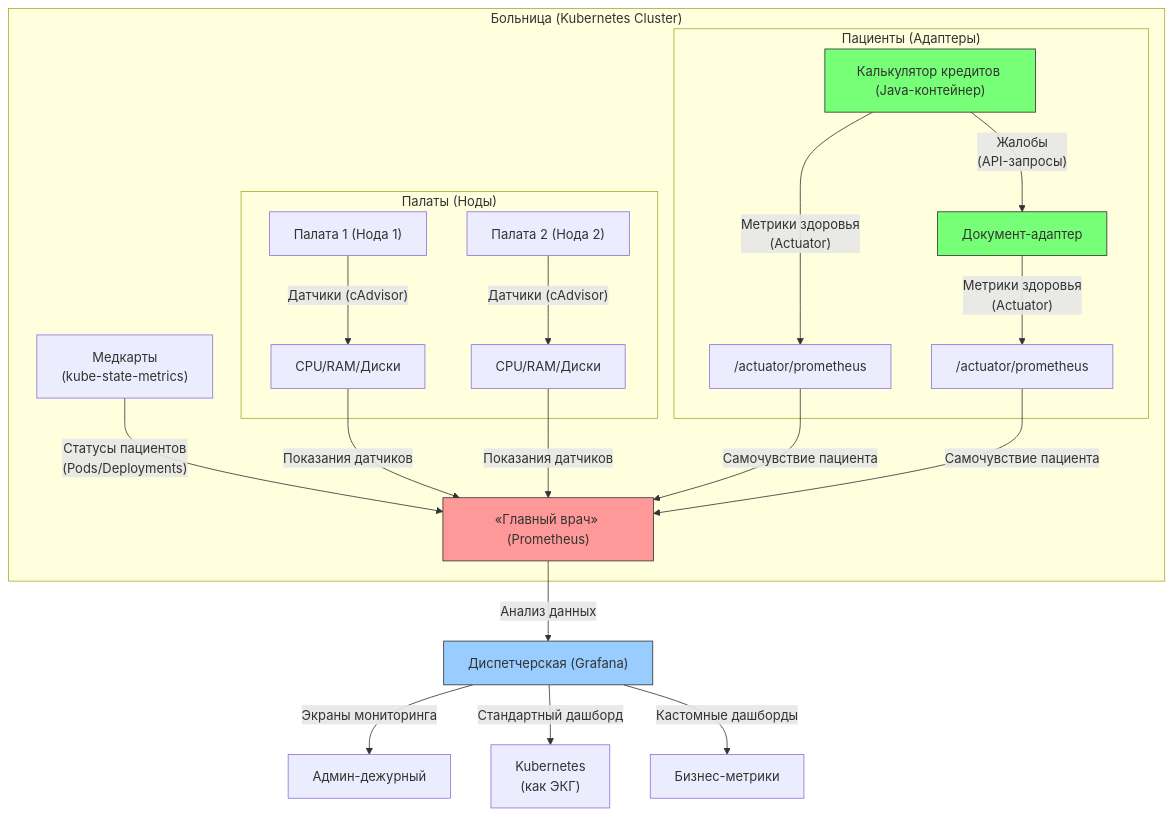
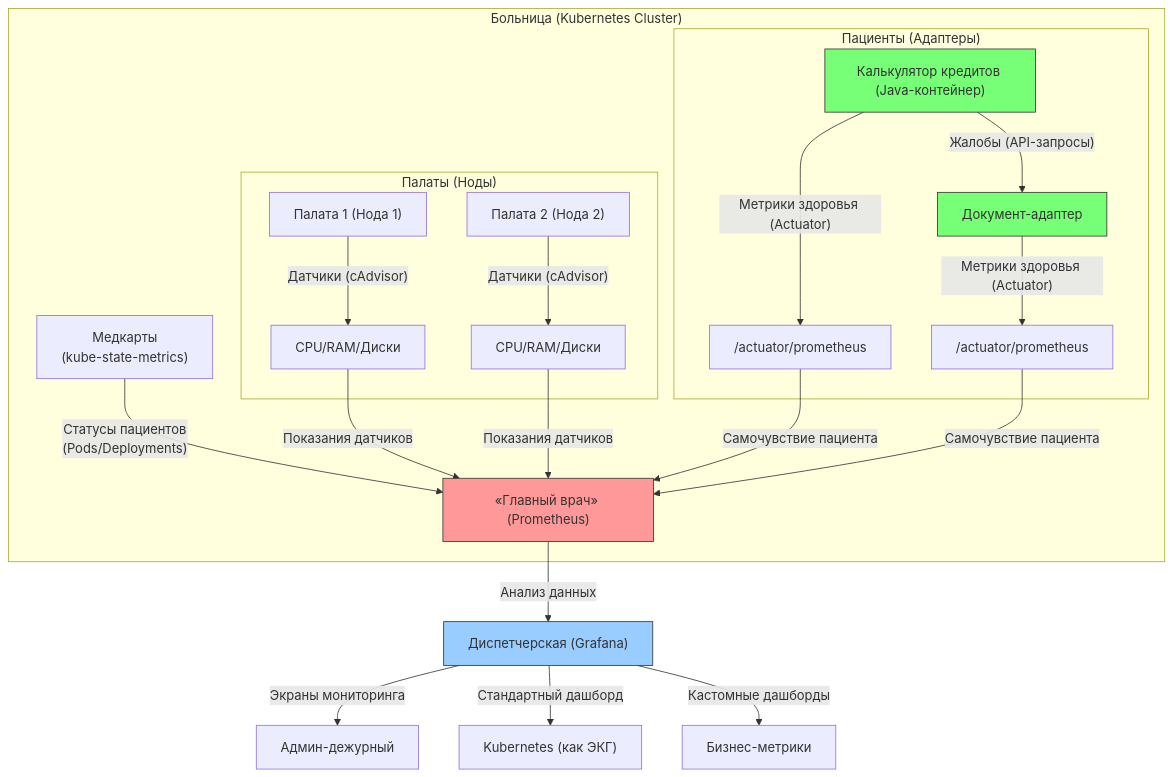
The diagram in kubernetes/legend/2. Проводим аналогию.md (lamjob1993/kubernetes-monitoring), drawn with Mermaid before and after one commit.

Commit message:
Update 2. Проводим аналогию.md

````diff
--- a/kubernetes/legend/2. Проводим аналогию.md
+++ b/kubernetes/legend/2. Проводим аналогию.md
@@ -3,31 +3,31 @@
 ```mermaid
 flowchart TD
     subgraph "Больница (Kubernetes Cluster)"
         subgraph "Палаты (Ноды)"
             Палата1["Палата 1 (Нода 1)"] --> |"Датчики (cAdvisor)"| Мониторы1["CPU/RAM/Диски"]
             Палата2["Палата 2 (Нода 2)"] --> |"Датчики (cAdvisor)"| Мониторы2["CPU/RAM/Диски"]
         end
 
         subgraph "Пациенты (Адаптеры)"
-            Калькулятор["Калькулятор кредитов (Java-контейнер)"] --> |"Жалобы\n(API-запросы)"| Документы["Документ-адаптер"]
-            Калькулятор --> |"Метрики здоровья\n(Actuator)"| МедКарта1["/actuator/prometheus"]
-            Документы --> |"Метрики здоровья\n(Actuator)"| МедКарта2["/actuator/prometheus"]
+            Калькулятор["Калькулятор кредитов (Java-контейнер)"] --> |"Жалобы (API-запросы)"| Документы["Документ-адаптер"]
+            Калькулятор --> |"Метрики здоровья (Actuator)"| МедКарта1["/actuator/prometheus"]
+            Документы --> |"Метрики здоровья (Actuator)"| МедКарта2["/actuator/prometheus"]
         end
 
         МедКарты["Медкарты\n(kube-state-metrics)"] --> |"Статусы пациентов\n(Pods/Deployments)"| ГлавВрач
         Мониторы1 --> |"Показания датчиков"| ГлавВрач
         Мониторы2 --> |"Показания датчиков"| ГлавВрач
         МедКарта1 --> |"Самочувствие пациента"| ГлавВрач
         МедКарта2 --> |"Самочувствие пациента"| ГлавВрач
     end
 
     ГлавВрач["«Главный врач» (Prometheus)"] --> |"Анализ данных"| Диспетчерская["Диспетчерская (Grafana)"]
     Диспетчерская --> |"Экраны мониторинга"| Администратор["Админ-дежурный"]
-    Диспетчерская --> |"Стандартный дашборд"| ЭКГ["Kubernetes\n(как ЭКГ)"]
+    Диспетчерская --> |"Стандартный дашборд"| ЭКГ["Kubernetes (как ЭКГ)"]
     Диспетчерская --> |"Кастомные дашборды"| СпецМониторы["Бизнес-метрики"]
 
     style ГлавВрач fill:#ff9999,stroke:#333
     style Диспетчерская fill:#99ccff,stroke:#333
     style Калькулятор fill:#7f7,stroke:#333
     style Документы fill:#7f7,stroke:#333
 ```
````
